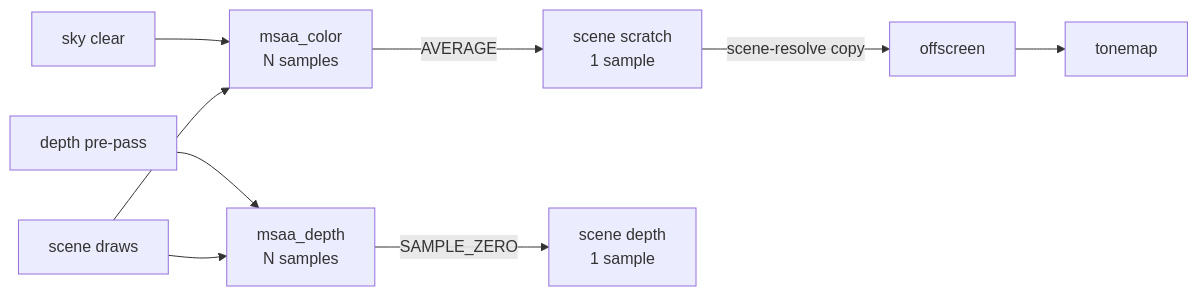
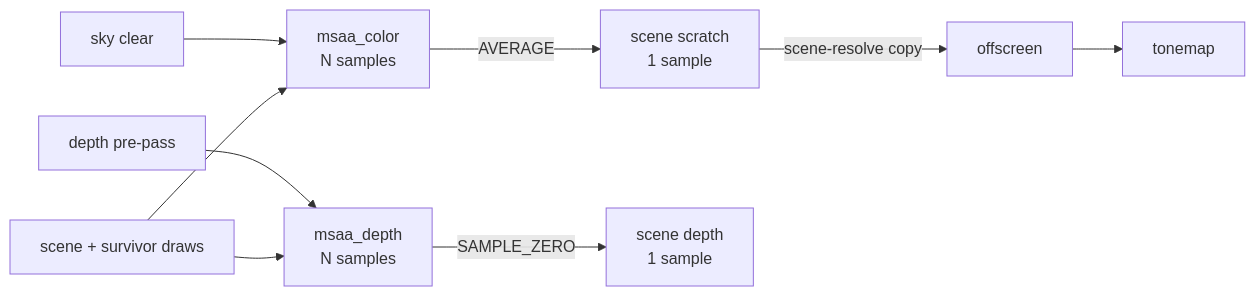
Before and after one commit to saffronjam/SaffronEngine: the diagram in docs/content/explanations/anti-aliasing/msaa.md, drawn with Mermaid. The commit also changed other lines of this file and 5 other files, not shown here.

````diff
--- a/docs/content/explanations/anti-aliasing/msaa.md
+++ b/docs/content/explanations/anti-aliasing/msaa.md
@@ -41,10 +45,10 @@
 ```mermaid
 flowchart LR
     sky[sky clear] --> B
     prepass[depth pre-pass] --> C
-    A[scene draws] --> B[msaa_color<br/>N samples]
+    A[scene + survivor draws] --> B[msaa_color<br/>N samples]
     A --> C[msaa_depth<br/>N samples]
     B -- AVERAGE --> S[scene scratch<br/>1 sample]
     C -- SAMPLE_ZERO --> D[scene depth<br/>1 sample]
     S -- scene-resolve copy --> O[offscreen] --> T[tonemap]
 ```
````
